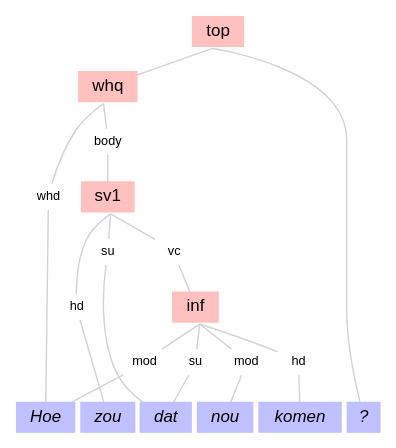
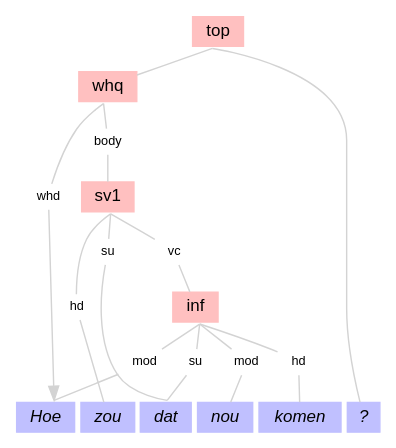
The diagram in tmp/tree2.dot (rug-compling/alpinograph), drawn with Graphviz before and after one commit. The commit also changed 13 other files, not shown here.

```diff
--- a/tmp/tree2.dot
+++ b/tmp/tree2.dot
@@ -1,50 +1,51 @@
 strict graph gr {
 
     ranksep=".25 equally"
     nodesep=.05
     ordering=out
 
     node [shape=box, height=0, width=0, style=filled, fontsize=12, color="#ffc0c0", fontname="Helvetica"];
 
     n0 [label="top"];
     n1 [label="whq"];
     n3 [label="sv1"];
     n6 [label="inf"];
 
     node [fontname="Helvetica-Oblique", shape=box, color="#c0c0ff", style=filled];
 
     t2 [label="Hoe"];
     t4 [label="zou"];
     t5 [label="dat"];
     t9 [label="nou"];
     t10 [label="komen"];
     t11 [label="?"];
 
     node [fontname="Helvetica", shape=plaintext, style=solid, fontsize=9];
 
     n1t2 [label="whd"];
     n1n3 [label="body"];
     n3t4 [label="hd"];
     n3t5 [label="su"];
     n3n6 [label="vc"];
     n6t2 [label="mod"];
     n6t5 [label="su"];
     n6t9 [label="mod"];
     n6t10 [label="hd"];
 
     {rank=same; edge[style=invis]; t2 -- t4 -- t5 -- t9 -- t10 -- t11 }
 
-    edge [sametail=true, color="#d3d3d3"];
+    edge [sametail=true, samehead=true, color="#d3d3d3"];
 
     n0 -- n1;
     n0 -- t11;
-    n1 -- n1t2 -- t2;
+    n1 -- n1t2;
+    n1t2 -- t2 [dir="forward"];
     n1 -- n1n3 -- n3;
     n3 -- n3t4 -- t4;
     n3 -- n3t5 -- t5;
     n3 -- n3n6 -- n6;
     n6 -- n6t2 -- t2;
     n6 -- n6t5 -- t5;
     n6 -- n6t9 -- t9;
     n6 -- n6t10 -- t10;
 }
```
